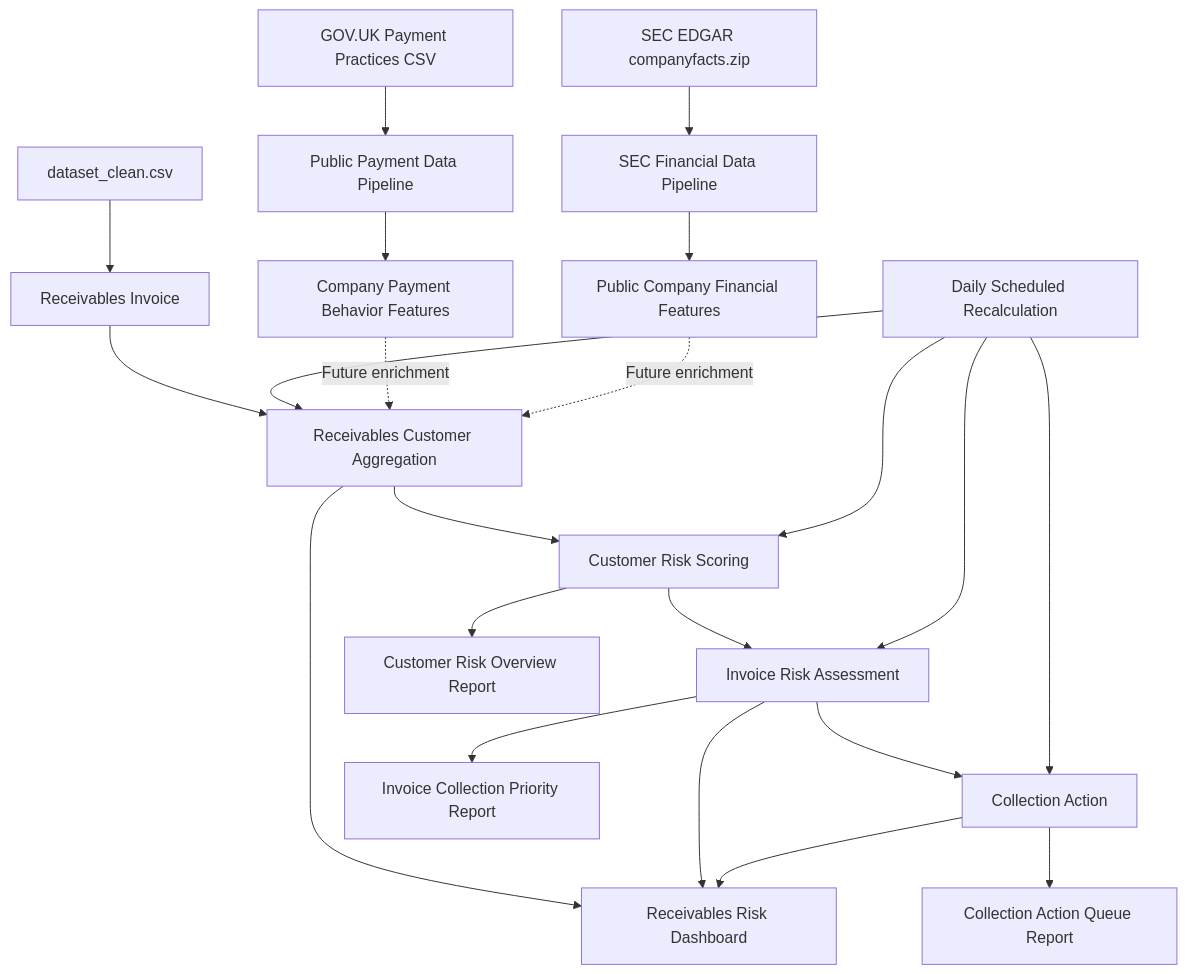
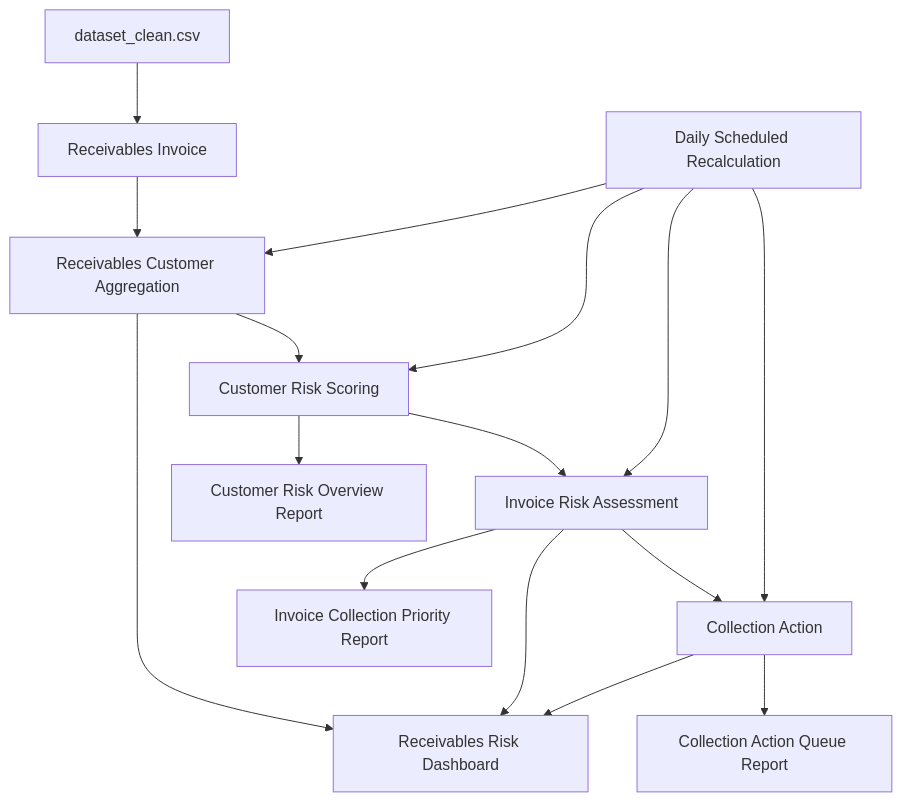
The diagram in README.md (phivinhkien1710-sudo/receivable_risk_manager), drawn with Mermaid before and after one commit. The commit also changed other lines of this file and 27 other files, not shown here.

````diff
--- a/README.md
+++ b/README.md
@@ -102,24 +97,18 @@
 ```mermaid
 flowchart TD
     A[dataset_clean.csv] --> B[Receivables Invoice]
     B --> C[Receivables Customer Aggregation]
     C --> D[Customer Risk Scoring]
     D --> E[Invoice Risk Assessment]
     E --> F[Collection Action]
     C --> K[Receivables Risk Dashboard]
     E --> K
     F --> K
     D --> G[Customer Risk Overview Report]
     E --> H[Invoice Collection Priority Report]
     F --> I[Collection Action Queue Report]
     J[Daily Scheduled Recalculation] --> C
     J --> D
     J --> E
     J --> F
-    L[GOV.UK Payment Practices CSV] --> M[Public Payment Data Pipeline]
-    M --> N[Company Payment Behavior Features]
-    N -. Future enrichment .-> C
-    O[SEC EDGAR companyfacts.zip] --> P[SEC Financial Data Pipeline]
-    P --> Q[Public Company Financial Features]
-    Q -. Future enrichment .-> C
 ```
````
